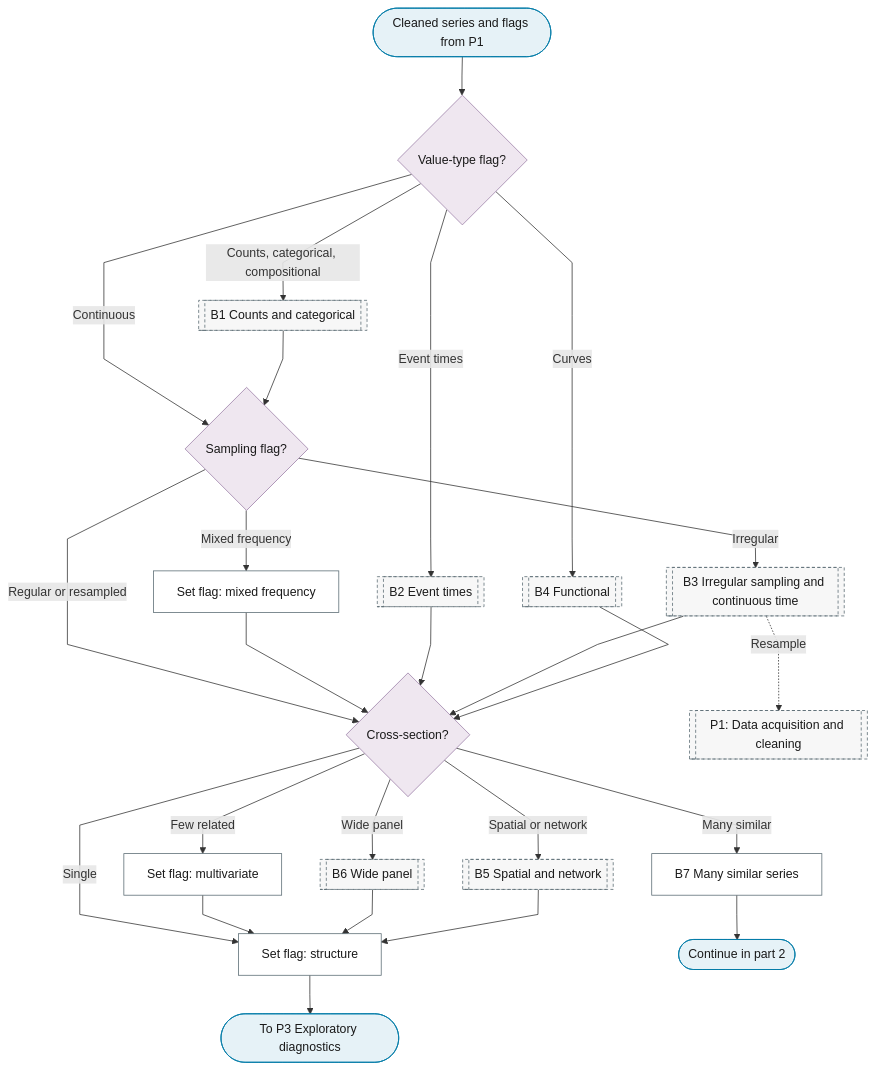
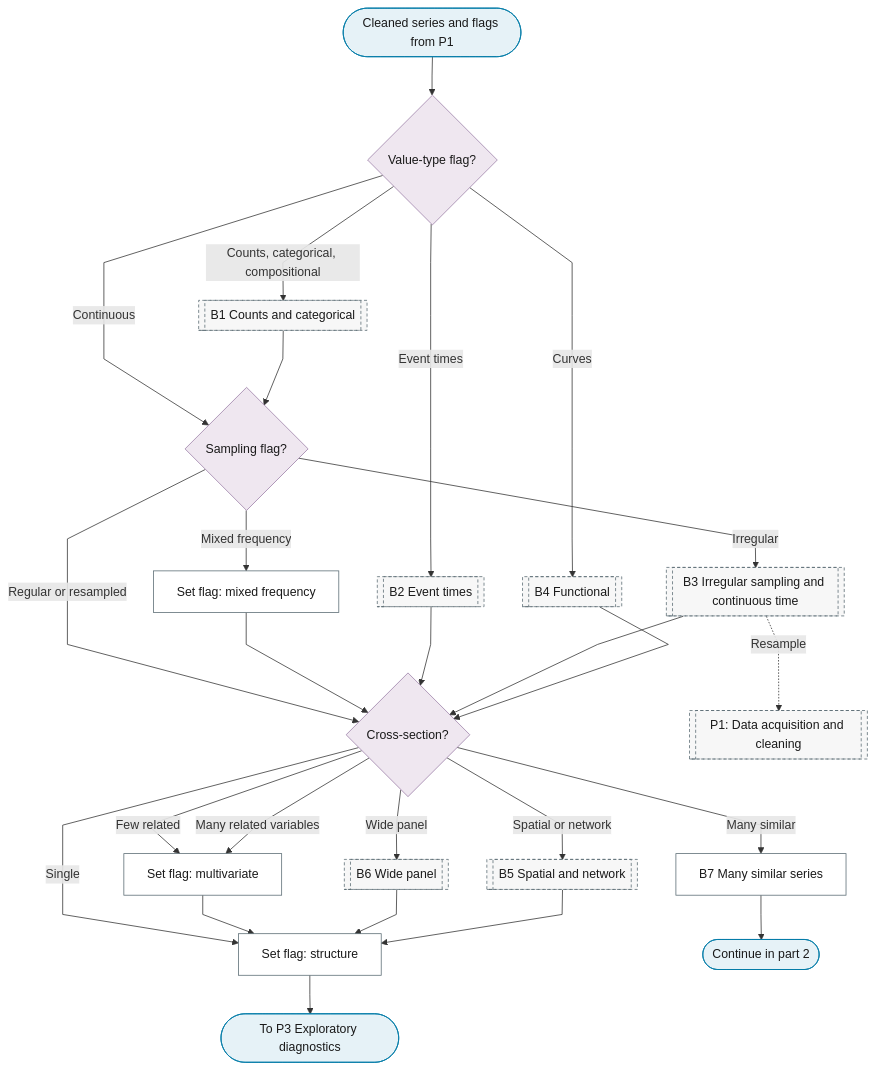
Before and after one commit to Shuxin-Y/time-series-analysis-manual: the first of 2 diagrams in docs/01-workflow/p02-data-type-gate.md, drawn with Mermaid. The commit also changed other lines of this file and 17 other files, not shown here.

First line of the commit message:
fix(charts): round-3 review fixes to seasonality, thresholds and branch flags

````diff
--- a/docs/01-workflow/p02-data-type-gate.md
+++ b/docs/01-workflow/p02-data-type-gate.md
@@ -9,36 +9,37 @@
 ```mermaid
 %%{init: {"flowchart": {"curve": "linear"}}}%%
 graph TD
     P2_IN(["Cleaned series and flags from P1"]) --> P2_VALUE_TYPE{"Value-type flag?"}
     P2_VALUE_TYPE -->|"Continuous"| P2_SAMPLING{"Sampling flag?"}
     P2_VALUE_TYPE -->|"Counts, categorical, compositional"| B1[["B1 Counts and categorical"]]
     P2_VALUE_TYPE -->|"Curves"| B4[["B4 Functional"]]
     P2_VALUE_TYPE -->|"Event times"| B2[["B2 Event times"]]
     P2_SAMPLING -->|"Regular or resampled"| P2_STRUCTURE{"Cross-section?"}
     P2_SAMPLING -->|"Irregular"| B3[["B3 Irregular sampling and continuous time"]]
     P2_SAMPLING -->|"Mixed frequency"| P2_MIXED_FREQ_FLAG["Set flag: mixed frequency"]
     P2_MIXED_FREQ_FLAG --> P2_STRUCTURE
     B1 --> P2_SAMPLING
     B2 & B3 & B4 --> P2_STRUCTURE
     B3 -.->|"Resample"| P1[["P1: Data acquisition and cleaning"]]
     P2_STRUCTURE -->|"Single"| P2_STRUCTURE_FLAG
     P2_STRUCTURE -->|"Few related"| P2_MULTIVARIATE_FLAG["Set flag: multivariate"]
+    P2_STRUCTURE -->|"Many related variables"| P2_MULTIVARIATE_FLAG
     P2_STRUCTURE -->|"Many similar"| B7["B7 Many similar series"]
     P2_STRUCTURE -->|"Wide panel"| B6[["B6 Wide panel"]]
     P2_STRUCTURE -->|"Spatial or network"| B5[["B5 Spatial and network"]]
     P2_MULTIVARIATE_FLAG & B6 & B5 --> P2_STRUCTURE_FLAG["Set flag: structure"]
     P2_STRUCTURE_FLAG --> P2_OUT(["To P3 Exploratory diagnostics"])
     B7 --> P2_TO_PART_2(["Continue in part 2"])
     class P2_IN,P2_OUT,P2_TO_PART_2 terminator
     class P2_VALUE_TYPE,P2_SAMPLING,P2_STRUCTURE decision
     class P2_MIXED_FREQ_FLAG,P2_MULTIVARIATE_FLAG,P2_STRUCTURE_FLAG,B7 process
     class B1,B2,B3,B4,B5,B6,P1 ref
     classDef terminator fill:#E6F2F7,stroke:#007BA7,color:#1A1A1A;
     classDef process fill:#FFFFFF,stroke:#5A6B73,color:#1A1A1A;
     classDef decision fill:#EFE7F0,stroke:#9B7FA7,color:#1A1A1A;
     classDef data fill:#FFF4E0,stroke:#C9A55E,color:#1A1A1A;
     classDef good fill:#DCEFD8,stroke:#4A7A3F,color:#1A1A1A;
     classDef escalate fill:#FFE9C2,stroke:#C9A55E,color:#1A1A1A;
     classDef problem fill:#F2D9DE,stroke:#800020,color:#1A1A1A;
     classDef ref fill:#F7F7F7,stroke:#5A6B73,color:#1A1A1A,stroke-dasharray:4 3;
 ```
````
